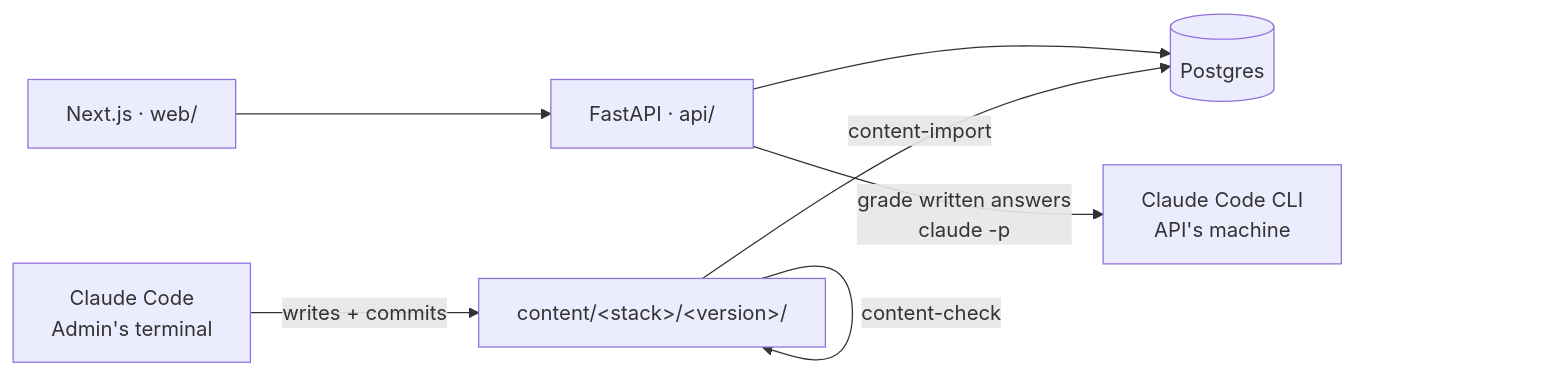
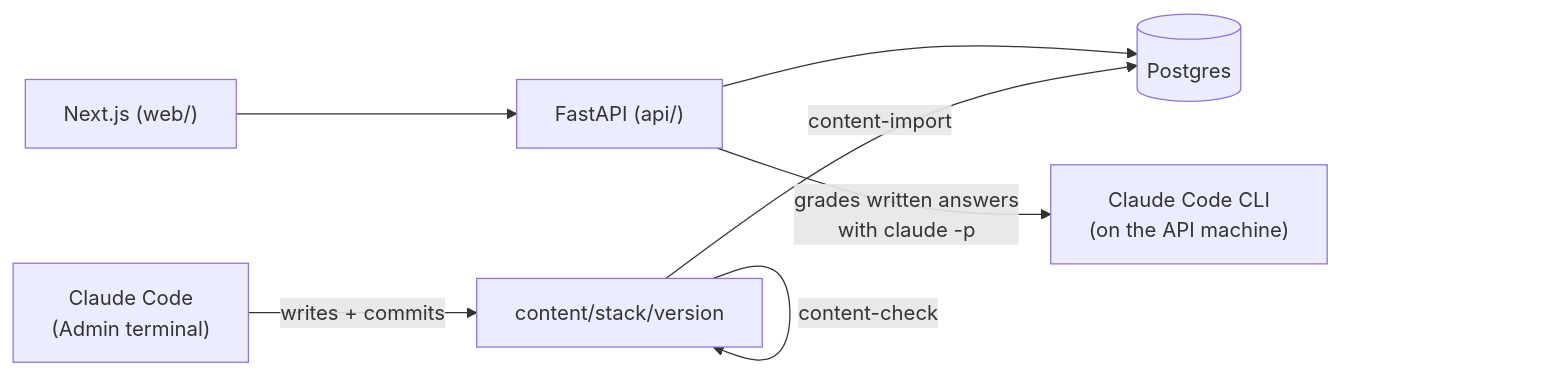
One commit to fahim36/ChickenKiller changed the diagram in README.md. Above: the diagram before and after it, drawn with Mermaid. The commit also changed other lines of this file and 1 other file, not shown here.

Commit message:
README: fix the Mermaid diagram on GitHub, drop the done Clerk claim step

````diff
--- a/README.md
+++ b/README.md
@@ -12,9 +12,9 @@
 ```mermaid
 graph LR
-  CC[Claude Code<br/>Admin's terminal] -->|writes + commits| C[content/&lt;stack&gt;/&lt;version&gt;/]
-  C -->|content-check| C
-  C -->|content-import| DB[(Postgres)]
-  API[FastAPI · api/] --> DB
-  WEB[Next.js · web/] --> API
-  API -->|grade written answers<br/>claude -p| CL[Claude Code CLI<br/>API's machine]
+  CC["Claude Code<br/>(Admin terminal)"] -->|"writes + commits"| C["content/stack/version"]
+  C -->|"content-check"| C
+  C -->|"content-import"| DB[("Postgres")]
+  API["FastAPI (api/)"] --> DB
+  WEB["Next.js (web/)"] --> API
+  API -->|"grades written answers<br/>with claude -p"| CL["Claude Code CLI<br/>(on the API machine)"]
 ```
````
